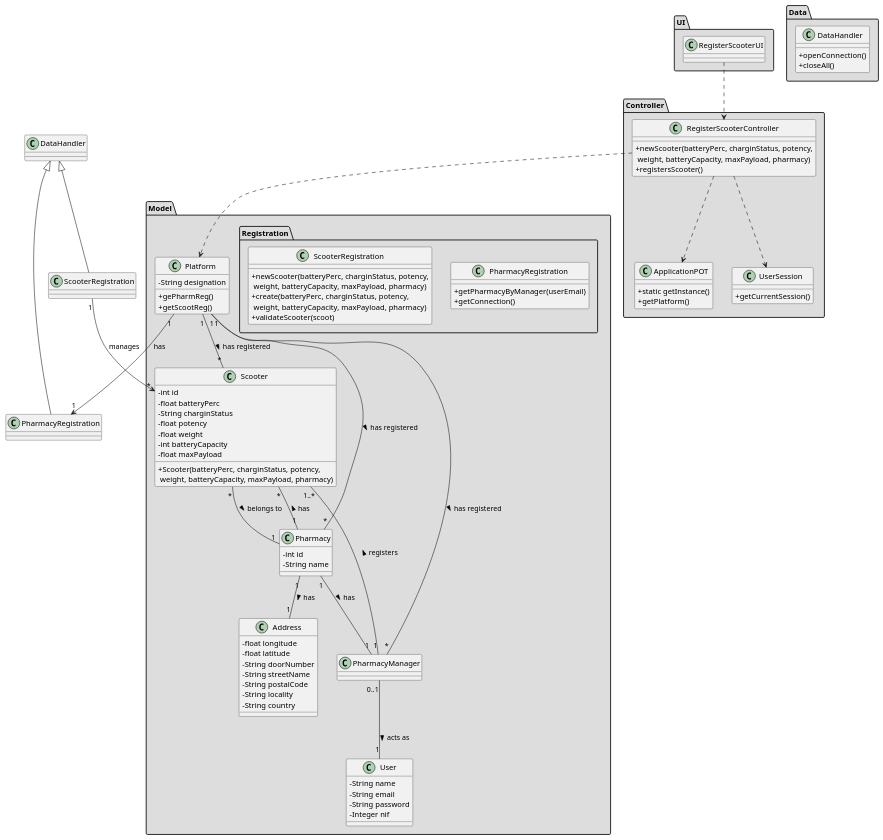
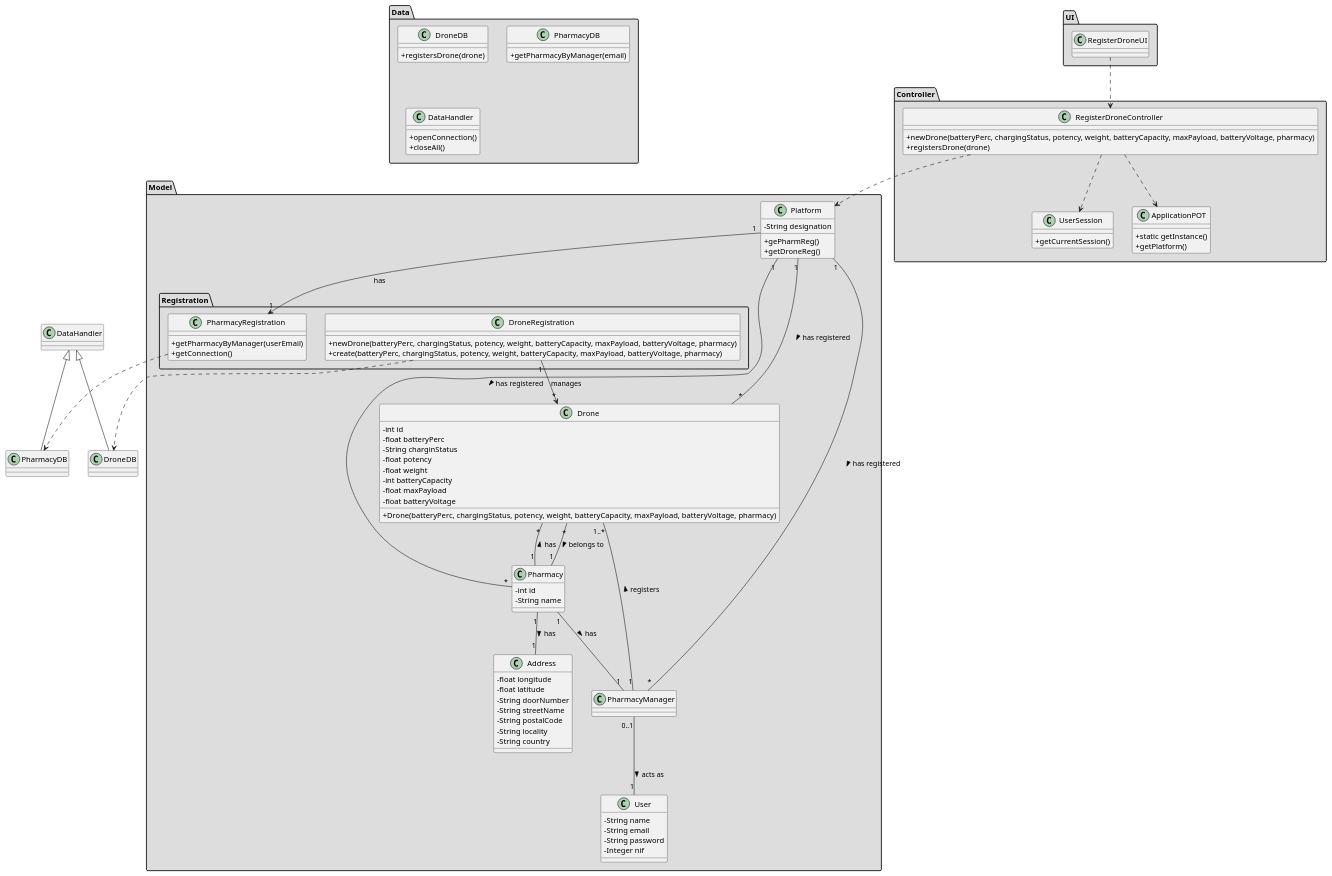
One commit to tiagoavcosta25/LAPR3 changed the diagram in docs/Iteration 2/Drone Management/US193_RegisterDrone/US193_CD.puml. Above: the diagram before and after it, drawn with PlantUML. The commit also changed 3 other files, not shown here.

Commit message:
LAPR2AP2-236 #close Register Drone [Design]

```diff
--- a/docs/Iteration 2/Drone Management/US193_RegisterDrone/US193_CD.puml
+++ b/docs/Iteration 2/Drone Management/US193_RegisterDrone/US193_CD.puml
@@ -1,118 +1,132 @@
 @startuml
 skinparam classAttributeIconSize 0
 
 package "UI" #DDDDDD {
-class RegisterScooterUI{
+class RegisterDroneUI{
 
 }
 }
 
 
+package "Data" #DDDDDD {
+class DroneDB{
++registersDrone(drone)
+}
+
+class PharmacyDB{
++getPharmacyByManager(email)
+}
+}
+
+
 package "Controller" #DDDDDD {
-class RegisterScooterController{
-+newScooter(batteryPerc, charginStatus, potency,\n weight, batteryCapacity, maxPayload, pharmacy)
-+registersScooter()
+class RegisterDroneController{
++newDrone(batteryPerc, chargingStatus, potency, weight, batteryCapacity, maxPayload, batteryVoltage, pharmacy)
++registersDrone(drone)
 }
 
 class ApplicationPOT
 {
   +static getInstance()
   +getPlatform()
 }
 
 class UserSession
 {
   +getCurrentSession()
 }
 }
 
 
 package "Model" #DDDDDD {
 class Platform {
   -String designation
   +gePharmReg()
-  +getScootReg()
+  +getDroneReg()
 }
 package "Registration" #DDDDDD {
  class PharmacyRegistration{
      +getPharmacyByManager(userEmail)
      +getConnection()
  }
 
- class ScooterRegistration{
-      +newScooter(batteryPerc, charginStatus, potency,\n weight, batteryCapacity, maxPayload, pharmacy)
-      +create(batteryPerc, charginStatus, potency,\n weight, batteryCapacity, maxPayload, pharmacy)
-      +validateScooter(scoot)
+ class DroneRegistration{
+      +newDrone(batteryPerc, chargingStatus, potency, weight, batteryCapacity, maxPayload, batteryVoltage, pharmacy)
+      +create(batteryPerc, chargingStatus, potency, weight, batteryCapacity, maxPayload, batteryVoltage, pharmacy)
   }
  }
 }
 
 package "Model" #DDDDDD {
-class Scooter{
+class Drone{
   -int id
   -float batteryPerc
   -String charginStatus
   -float potency
   -float weight
   -int batteryCapacity
   -float maxPayload
-  +Scooter(batteryPerc, charginStatus, potency,\n weight, batteryCapacity, maxPayload, pharmacy)
+  -float batteryVoltage
+  +Drone(batteryPerc, chargingStatus, potency, weight, batteryCapacity, maxPayload, batteryVoltage, pharmacy)
 }
 
 class Address{
   -float longitude
   -float latitude
   -String doorNumber
   -String streetName
   -String postalCode
   -String locality
   -String country
 }
 
 class Pharmacy {
   -int id
   -String name
 }
 
 class User{
 -   String name
 -   String email
 -   String password
 -   Integer nif
 }
 
 class PharmacyManager {
 }
 
 }
 
 
 package "Data" #DDDDDD {
 class DataHandler{
     +openConnection()
     +closeAll()
 }
 }
 
-class PharmacyRegistration extends DataHandler
-class ScooterRegistration extends DataHandler
+class PharmacyDB extends DataHandler
+class DroneDB extends DataHandler
 
-RegisterScooterUI ..> RegisterScooterController
-RegisterScooterController ..> Platform
-RegisterScooterController ..> ApplicationPOT
-RegisterScooterController ..> UserSession
+PharmacyRegistration ..> PharmacyDB
+DroneRegistration ..> DroneDB
+
+RegisterDroneUI ..> RegisterDroneController
+RegisterDroneController ..> Platform
+RegisterDroneController ..> ApplicationPOT
+RegisterDroneController ..> UserSession
 Platform "1" --> "1" PharmacyRegistration : has
-ScooterRegistration "1" --> "*" Scooter : manages
+DroneRegistration "1" --> "*" Drone : manages
 
 Platform "1" -- "*" Pharmacy : has registered >
-Platform "1" -- "*" Scooter : has registered >
+Platform "1" -- "*" Drone : has registered >
 Platform "1" -- "*" PharmacyManager : has registered >
 
 PharmacyManager "0..1" -- "1" User: acts as >
-PharmacyManager "1" -- "1..*" Scooter : registers >
+PharmacyManager "1" -- "1..*" Drone : registers >
 Pharmacy "1" -- "1" PharmacyManager : has >
-Pharmacy "1" -- "*" Scooter : has >
+Pharmacy "1" -- "*" Drone : has >
 Pharmacy "1" -- "1" Address : has >
-Scooter "*" -- "1" Pharmacy : belongs to >
+Drone "*" -- "1" Pharmacy : belongs to >
 
 @enduml
```
